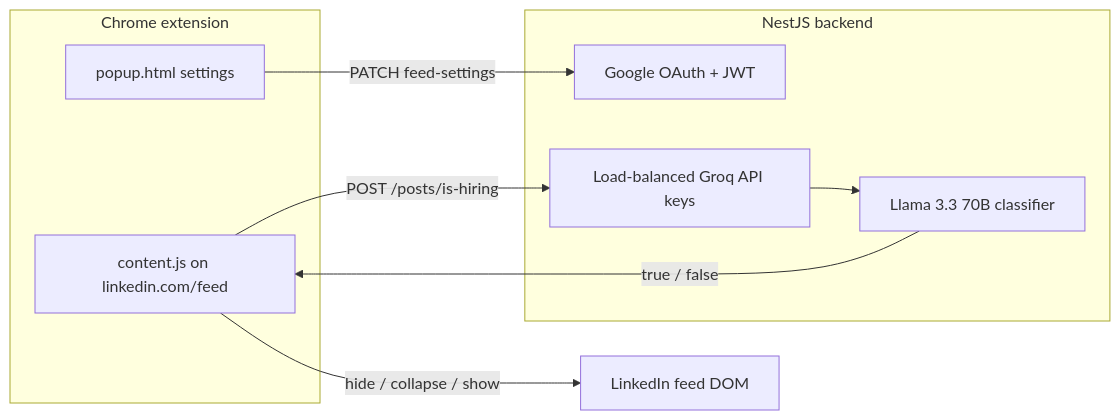
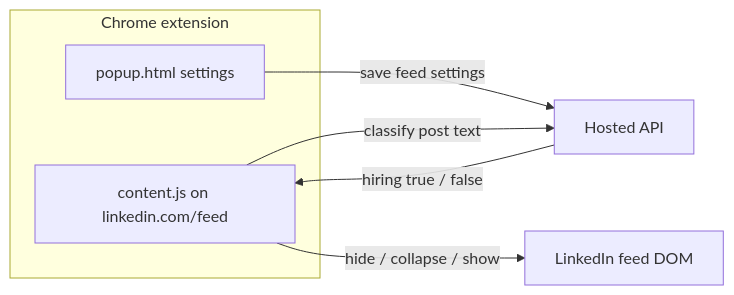
The diagram in README.md (abdallahMohsen3162/linkedin-feed-filter-extension), drawn with Mermaid before and after one commit. The commit also changed other lines of this file, not shown here.

````diff
--- a/README.md
+++ b/README.md
@@ -23,17 +22,12 @@
 ```mermaid
 flowchart LR
   subgraph browser [Chrome extension]
     CS[content.js on linkedin.com/feed]
     POP[popup.html settings]
   end
-  subgraph api [NestJS backend]
-    AUTH[Google OAuth + JWT]
-    LB[Load-balanced Groq API keys]
-    AI[Llama 3.3 70B classifier]
-  end
-  POP -->|PATCH feed-settings| AUTH
-  CS -->|POST /posts/is-hiring| LB
-  LB --> AI
-  AI -->|true / false| CS
+  API[Hosted API]
+  POP -->|save feed settings| API
+  CS -->|classify post text| API
+  API -->|hiring true / false| CS
   CS -->|hide / collapse / show| Feed[LinkedIn feed DOM]
 ```
````
